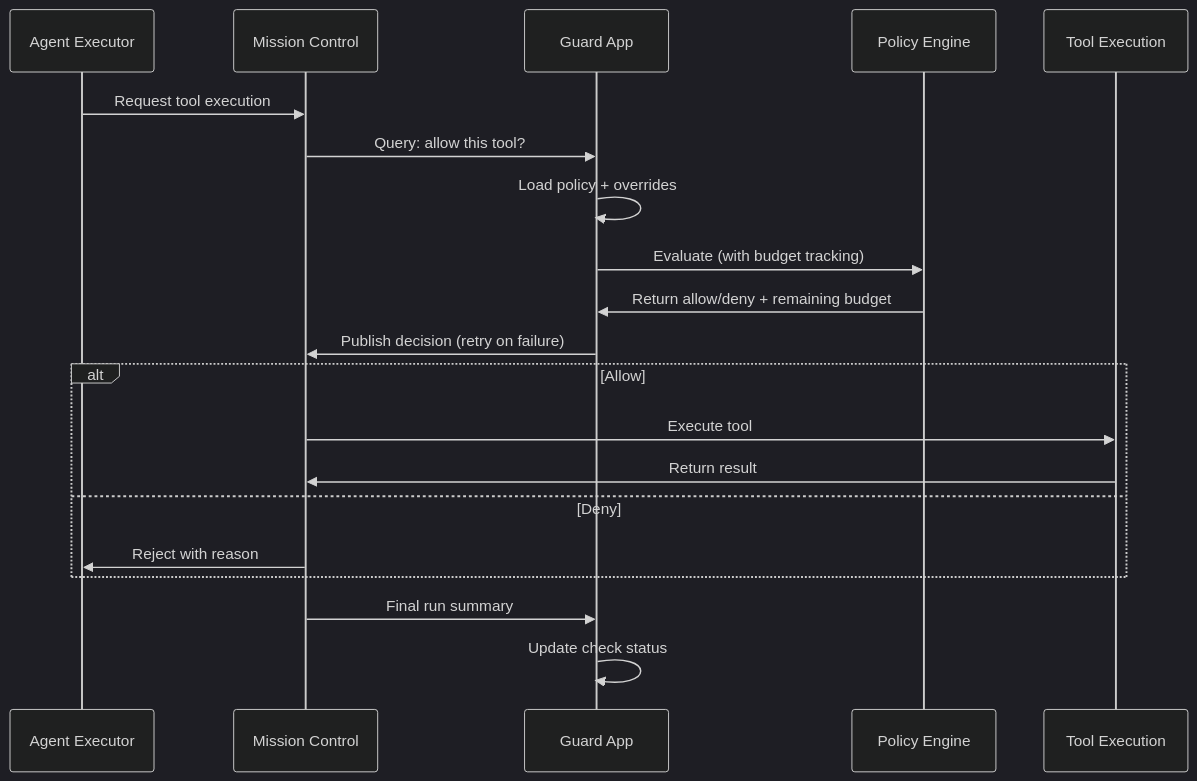
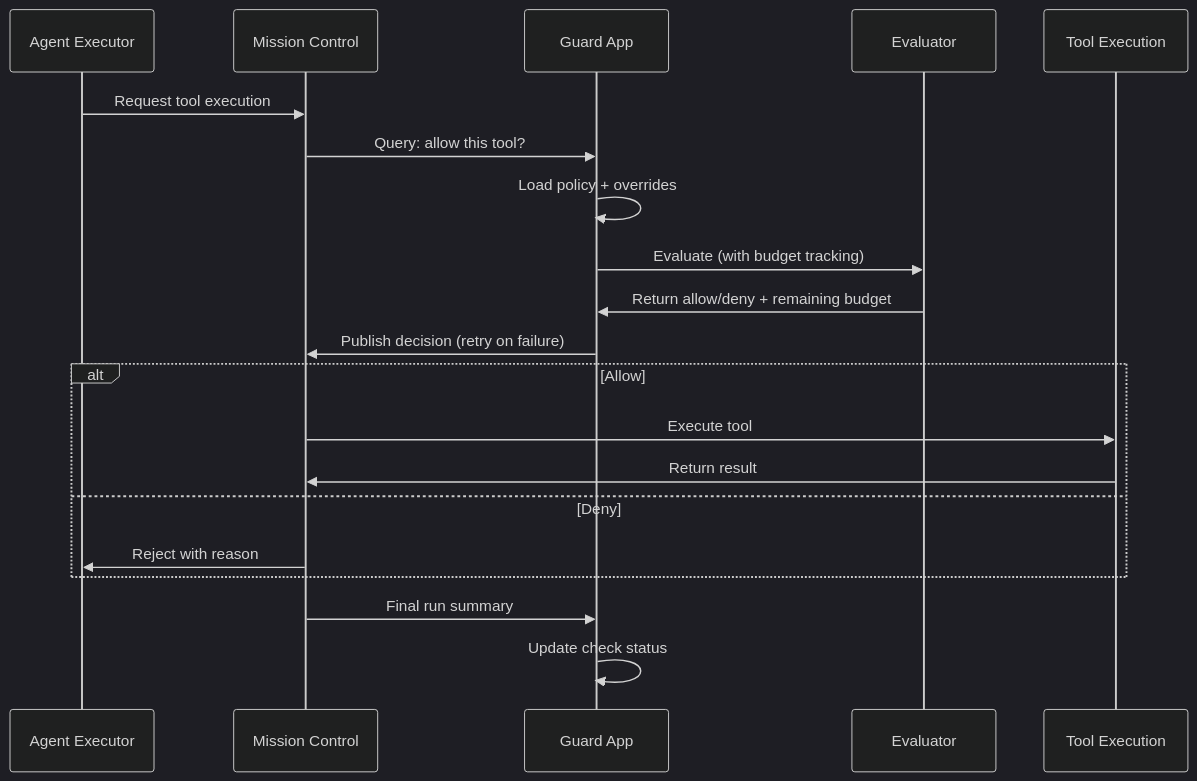
One commit to jlov7/Agent-HQ-Guard changed the second of 3 diagrams in docs/architecture.md. Above: the diagram before and after it, drawn with Mermaid (dark theme). The commit also changed other lines of this file and 42 other files, not shown here.

````diff
--- a/docs/architecture.md
+++ b/docs/architecture.md
@@ -82,23 +85,23 @@
 ```mermaid
 sequenceDiagram
     participant Agent as Agent Executor
     participant MC as Mission Control
     participant App as Guard App
-    participant OPA as Policy Engine
+    participant Eval as Evaluator
     participant Tool as Tool Execution
 
     Agent->>MC: Request tool execution
     MC->>App: Query: allow this tool?
     App->>App: Load policy + overrides
-    App->>OPA: Evaluate (with budget tracking)
-    OPA->>App: Return allow/deny + remaining budget
+    App->>Eval: Evaluate (with budget tracking)
+    Eval->>App: Return allow/deny + remaining budget
     App->>MC: Publish decision (retry on failure)
     alt Allow
         MC->>Tool: Execute tool
         Tool->>MC: Return result
     else Deny
         MC->>Agent: Reject with reason
     end
     MC->>App: Final run summary
     App->>App: Update check status
 ```
````
